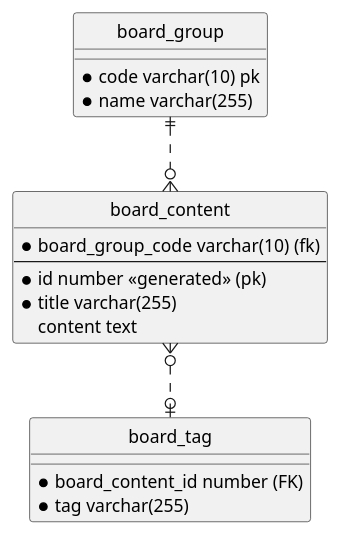
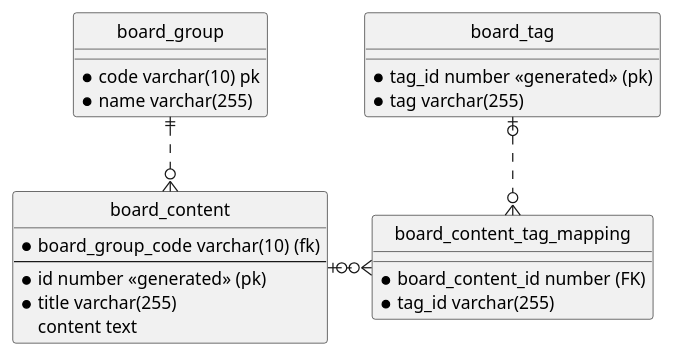
One commit to boojongmin/hugo-blog changed the diagram in content/post/spring/jpa/20201115/sample_borad_erd_2.puml. Above: the diagram before and after it, drawn with PlantUML. The commit also changed 11 other files, not shown here.

```diff
--- a/content/post/spring/jpa/20201115/sample_borad_erd_2.puml
+++ b/content/post/spring/jpa/20201115/sample_borad_erd_2.puml
@@ -1,27 +1,34 @@
 @startuml
 hide circle
 
 skinparam linetype ortho
 
 entity "board_group" as e01 {
   *code varchar(10) pk
   *name varchar(255)
 }
 
 entity "board_content" as e02 {
   *board_group_code varchar(10) (fk)
   ---
   *id number <<generated>> (pk)
   *title varchar(255)
   content text
 }
 
-entity "board_tag" as e03 {
+entity "board_content_tag_mapping" as e03 {
   *board_content_id number (FK)  
+  *tag_id varchar(255)
+}
+
+
+entity "board_tag" as e04 {
+  *tag_id number <<generated>> (pk)
   *tag varchar(255)
 }
 
 e01 ||..o{ e02
-e02 }o..o| e03
+e02 |o.r.o{ e03
+e03 }o.u.o| e04
 
 @enduml
```
